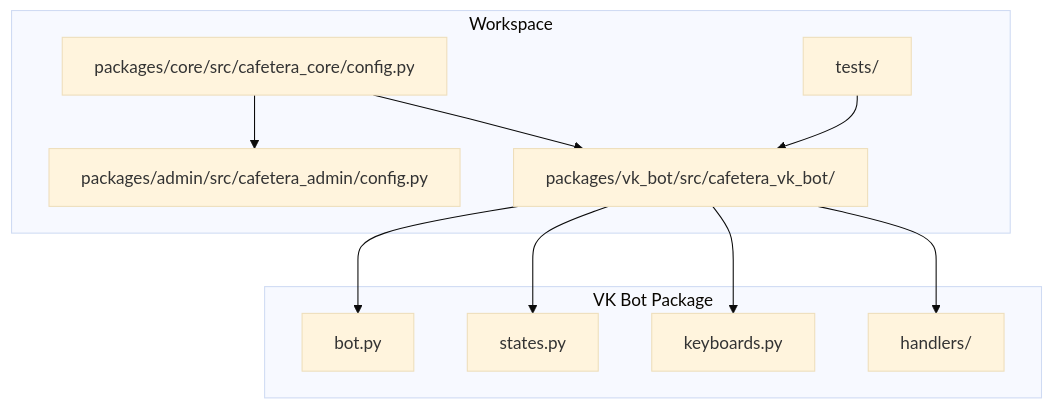
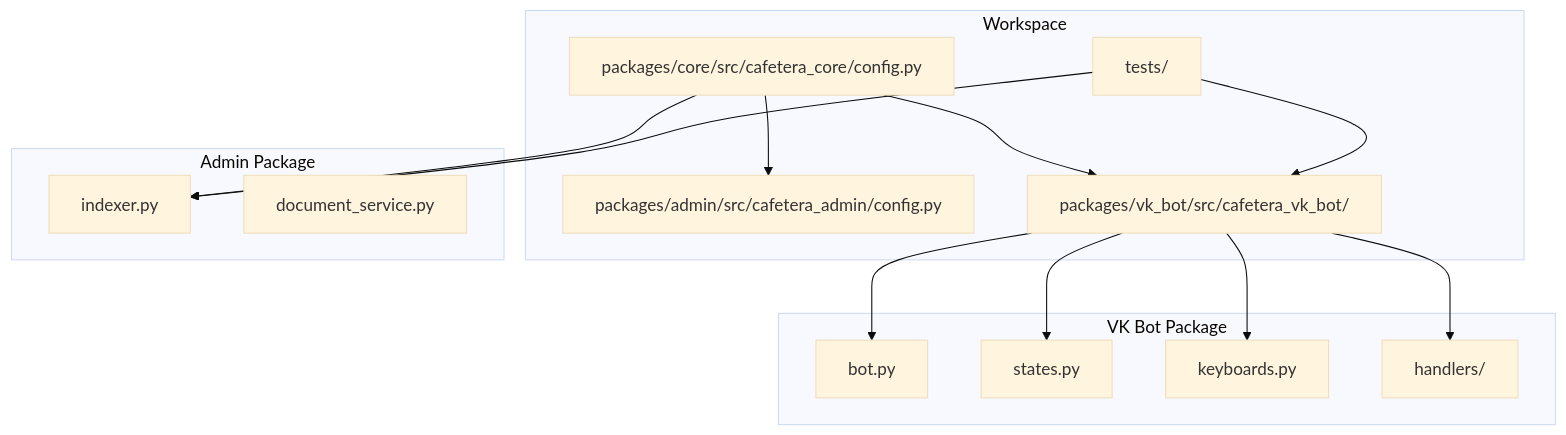
Before and after one commit to ognelis/cafetera_hr_bot: the first of 13 diagrams in .qoder/repowiki/en/content/Document Management System.md, drawn with Mermaid (base theme). The commit also changed other lines of this file and 2 other files, not shown here.

````diff
--- a/.qoder/repowiki/en/content/Document Management System.md
+++ b/.qoder/repowiki/en/content/Document Management System.md
@@ -50,22 +59,28 @@
 ```mermaid
 graph TB
 subgraph "Workspace"
 CORE["packages/core/src/cafetera_core/config.py"]
 ADMIN["packages/admin/src/cafetera_admin/config.py"]
 VKBOT["packages/vk_bot/src/cafetera_vk_bot/"]
 TESTS["tests/"]
 end
 subgraph "VK Bot Package"
 BOT["bot.py"]
 STATES["states.py"]
 KEYBOARDS["keyboards.py"]
 HANDLERS["handlers/"]
 end
+subgraph "Admin Package"
+INDEXER["indexer.py"]
+DOC_SERVICE["document_service.py"]
+end
 CORE --> ADMIN
 CORE --> VKBOT
+CORE --> INDEXER
 VKBOT --> BOT
 VKBOT --> STATES
 VKBOT --> KEYBOARDS
 VKBOT --> HANDLERS
 TESTS --> VKBOT
+TESTS --> INDEXER
 ```
````
